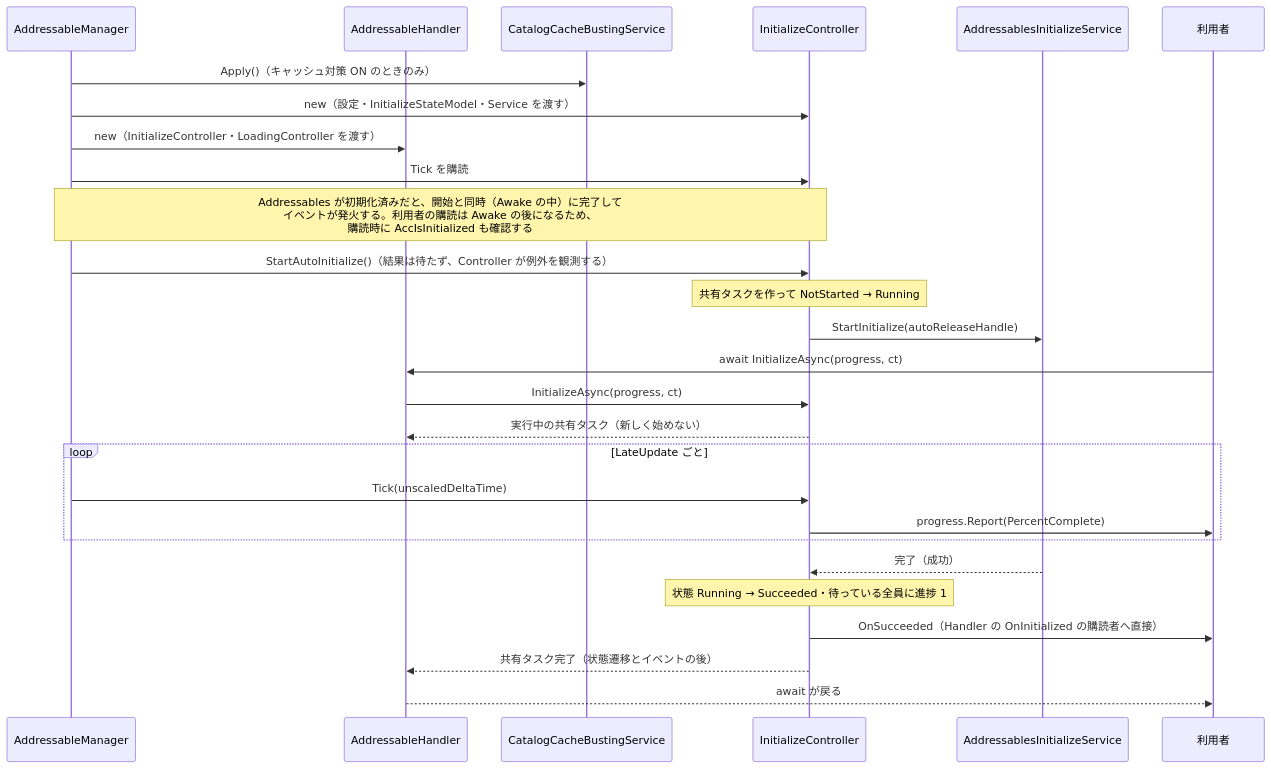
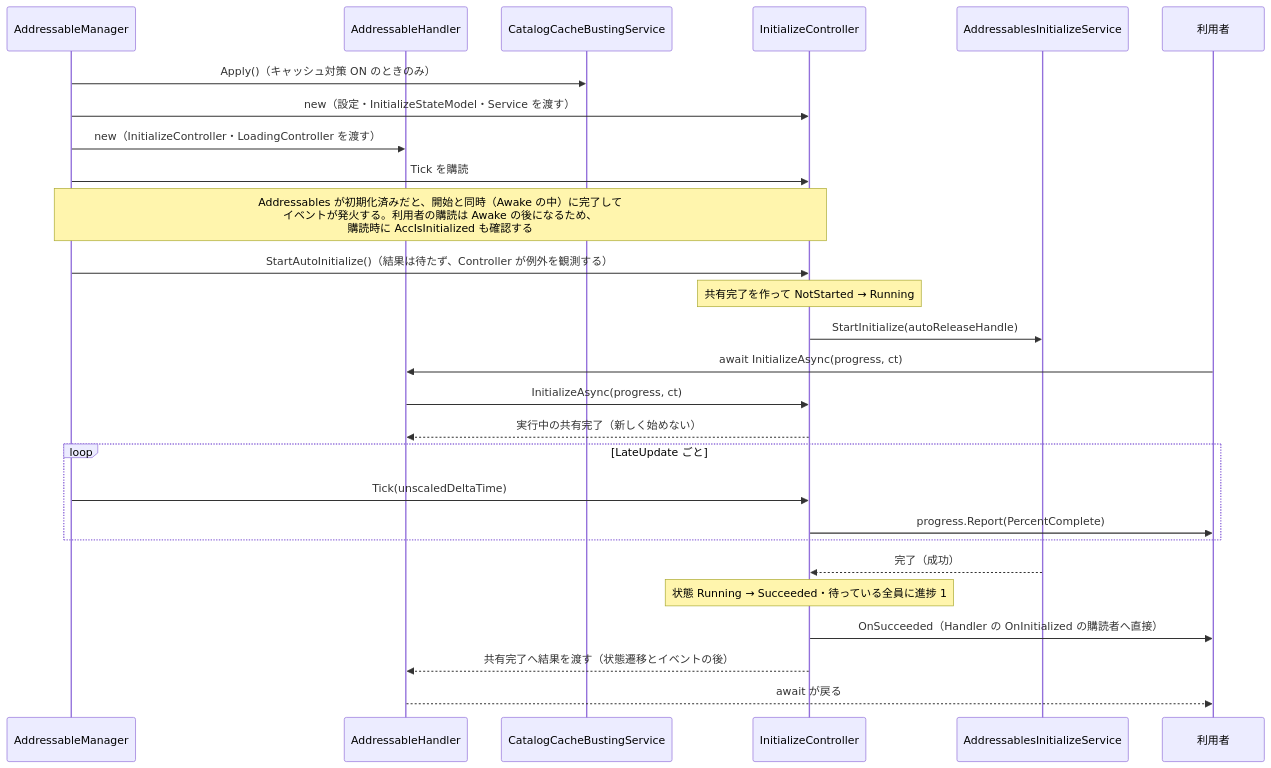
One commit to MAH-Lib/MAH-AddressableManager changed the first of 4 diagrams in src/AddressableManager/Docs/diagrams/initialize-sequence.md. Above: the diagram before and after it, drawn with Mermaid. The commit also changed other lines of this file and 13 other files, not shown here.

````diff
--- a/src/AddressableManager/Docs/diagrams/initialize-sequence.md
+++ b/src/AddressableManager/Docs/diagrams/initialize-sequence.md
@@ -8,30 +8,30 @@
 ```mermaid
 sequenceDiagram
     participant M as AddressableManager
     participant H as AddressableHandler
     participant B as CatalogCacheBustingService
     participant C as InitializeController
     participant S as AddressablesInitializeService
     participant U as 利用者
 
     M->>B: Apply()（キャッシュ対策 ON のときのみ）
     M->>C: new（設定・InitializeStateModel・Service を渡す）
     M->>H: new（InitializeController・LoadingController を渡す）
     M->>C: Tick を購読
     Note over M,C: Addressables が初期化済みだと、開始と同時（Awake の中）に完了して<br/>イベントが発火する。利用者の購読は Awake の後になるため、<br/>購読時に AccIsInitialized も確認する
     M->>C: StartAutoInitialize()（結果は待たず、Controller が例外を観測する）
-    Note over C: 共有タスクを作って NotStarted → Running
+    Note over C: 共有完了を作って NotStarted → Running
     C->>S: StartInitialize(autoReleaseHandle)
     U->>H: await InitializeAsync(progress, ct)
     H->>C: InitializeAsync(progress, ct)
-    C-->>H: 実行中の共有タスク（新しく始めない）
+    C-->>H: 実行中の共有完了（新しく始めない）
     loop LateUpdate ごと
         M->>C: Tick(unscaledDeltaTime)
         C->>U: progress.Report(PercentComplete)
     end
     S-->>C: 完了（成功）
     Note over C: 状態 Running → Succeeded・待っている全員に進捗 1
     C->>U: OnSucceeded（Handler の OnInitialized の購読者へ直接）
-    C-->>H: 共有タスク完了（状態遷移とイベントの後）
+    C-->>H: 共有完了へ結果を渡す（状態遷移とイベントの後）
     H-->>U: await が戻る
 ```
````
